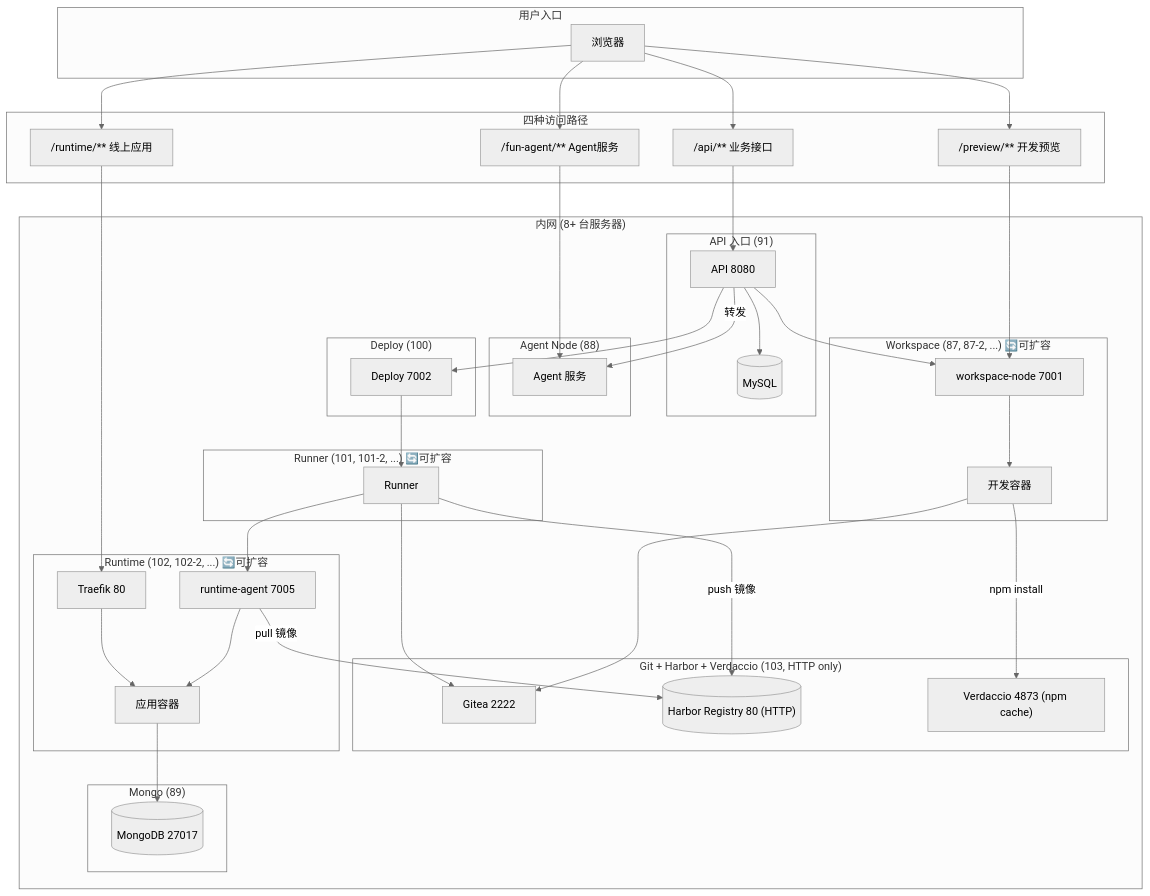
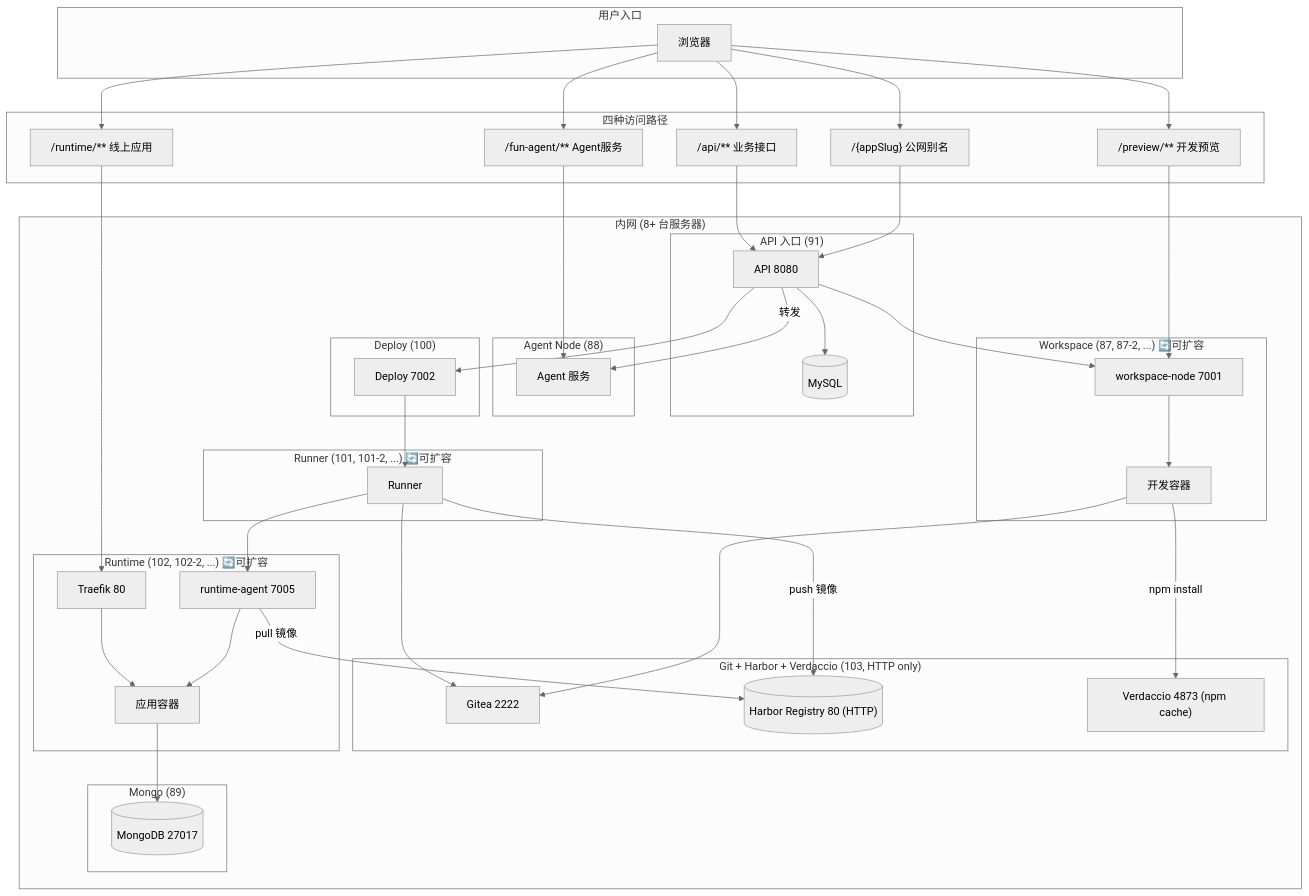
Before and after one commit to ruiAndroid/fun-ai-studio-api: the first of 4 diagrams in src/main/resources/doc/domains/architecture/README.md, drawn with Mermaid (neutral theme). The commit also changed other lines of this file and 16 other files, not shown here.

Commit message:
feat(appSlug): 支持应用公网别名路由

````diff
--- a/src/main/resources/doc/domains/architecture/README.md
+++ b/src/main/resources/doc/domains/architecture/README.md
@@ -31,75 +31,77 @@
 ```mermaid
 flowchart TB
     subgraph User["用户入口"]
         Browser["浏览器"]
     end
 
     subgraph Routes["四种访问路径"]
         R1["/api/** 业务接口"]
         R2["/preview/** 开发预览"]
         R3["/runtime/** 线上应用"]
         R4["/fun-agent/** Agent服务"]
+        R5["/{appSlug} 公网别名"]
     end
 
     subgraph Infra["内网 (8+ 台服务器)"]
         subgraph S91["API 入口 (91)"]
             API["API 8080"]
             MySQL[("MySQL")]
         end
 
         subgraph S88["Agent Node (88)"]
             AgentService["Agent 服务"]
         end
 
         subgraph S87["Workspace (87, 87-2, ...) 🔄可扩容"]
             WsNode["workspace-node 7001"]
             WsCtn["开发容器"]
         end
 
         subgraph S100["Deploy (100)"]
             Deploy["Deploy 7002"]
         end
 
         subgraph S101["Runner (101, 101-2, ...) 🔄可扩容"]
             Runner["Runner"]
         end
 
     subgraph S103["Git + Harbor + Verdaccio (103, HTTP only)"]
             Gitea["Gitea 2222"]
             Harbor[("Harbor Registry 80 (HTTP)")]
             Verdaccio["Verdaccio 4873 (npm cache)"]
         end
 
         subgraph S102["Runtime (102, 102-2, ...) 🔄可扩容"]
             Agent["runtime-agent 7005"]
             Traefik["Traefik 80"]
             AppCtn["应用容器"]
         end
 
         subgraph S89["Mongo (89)"]
             MongoDB[("MongoDB 27017")]
         end
     end
 
-    Browser --> R1 & R2 & R3 & R4
+    Browser --> R1 & R2 & R3 & R4 & R5
     R1 --> API
     R2 --> WsNode --> WsCtn
     R3 --> Traefik --> AppCtn
     R4 --> AgentService
+    R5 --> API
 
     API --> MySQL
     API -->|转发| AgentService
     API --> WsNode
     API --> Deploy
 
     Deploy --> Runner
     Runner --> Gitea
     Runner -->|push 镜像| Harbor
     Runner --> Agent
     Agent -->|pull 镜像| Harbor
     Agent --> AppCtn
     AppCtn --> MongoDB
 
     WsCtn --> Gitea
     WsCtn -->|npm install| Verdaccio
 ```
````
